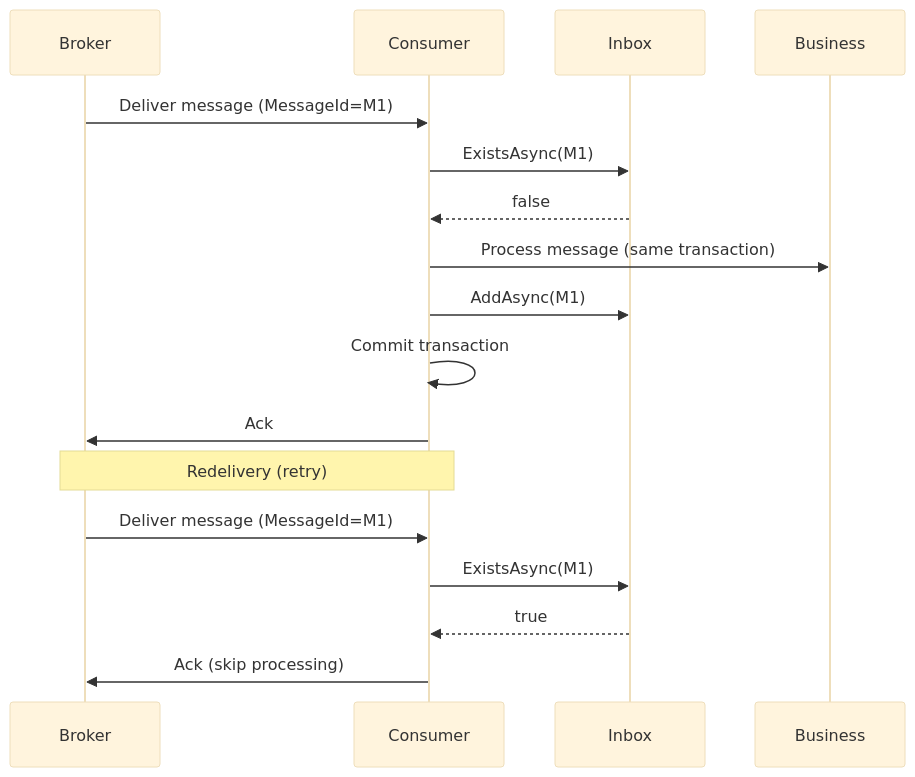
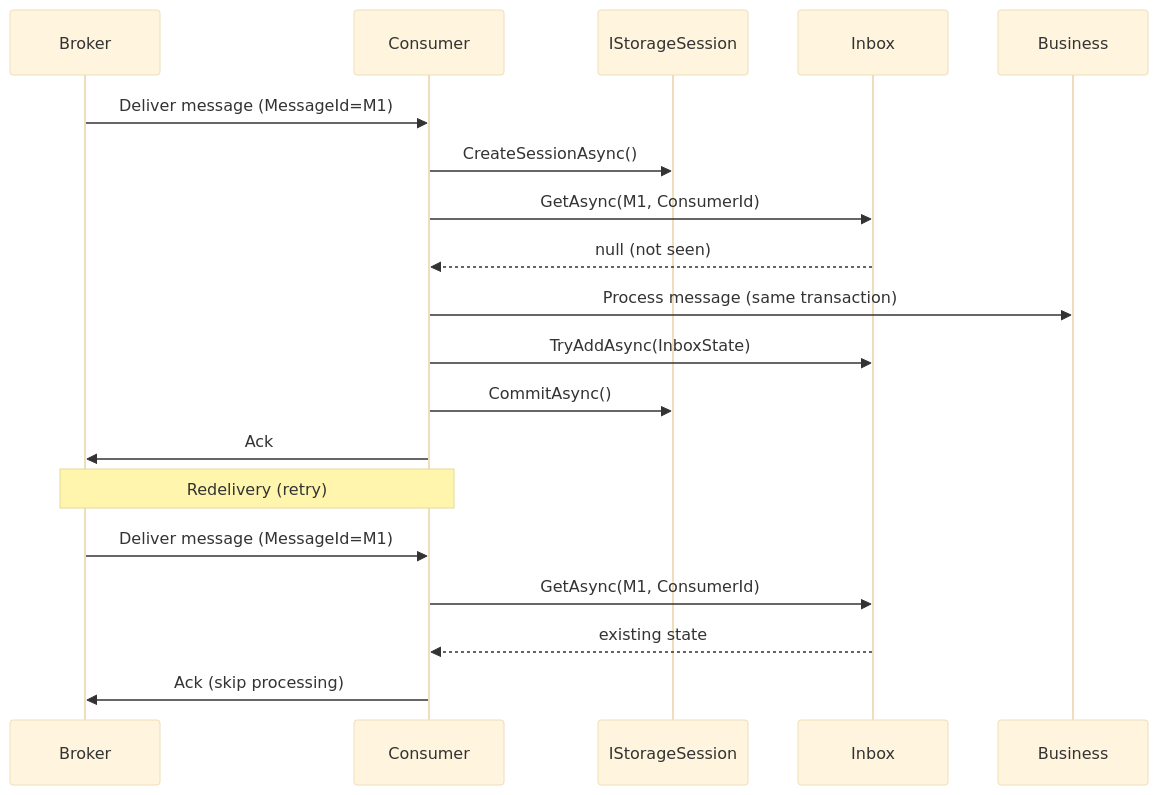
Before and after one commit to Ahmed-Shehzad/Dialysis: the diagram in docs/INBOX-PATTERN.md, drawn with Mermaid (base theme). The commit also changed other lines of this file and 25 other files, not shown here.

````diff
--- a/docs/INBOX-PATTERN.md
+++ b/docs/INBOX-PATTERN.md
@@ -18,21 +42,22 @@
 ```mermaid
 sequenceDiagram
     participant Broker
     participant Consumer
+    participant IStorageSession
     participant Inbox
-    participant Business
 
     Broker->>Consumer: Deliver message (MessageId=M1)
-    Consumer->>Inbox: ExistsAsync(M1)
-    Inbox-->>Consumer: false
+    Consumer->>IStorageSession: CreateSessionAsync()
+    Consumer->>Inbox: GetAsync(M1, ConsumerId)
+    Inbox-->>Consumer: null (not seen)
     Consumer->>Business: Process message (same transaction)
-    Consumer->>Inbox: AddAsync(M1)
-    Consumer->>Consumer: Commit transaction
+    Consumer->>Inbox: TryAddAsync(InboxState)
+    Consumer->>IStorageSession: CommitAsync()
     Consumer->>Broker: Ack
 
     Note over Broker,Consumer: Redelivery (retry)
     Broker->>Consumer: Deliver message (MessageId=M1)
-    Consumer->>Inbox: ExistsAsync(M1)
-    Inbox-->>Consumer: true
+    Consumer->>Inbox: GetAsync(M1, ConsumerId)
+    Inbox-->>Consumer: existing state
     Consumer->>Broker: Ack (skip processing)
 ```
````
